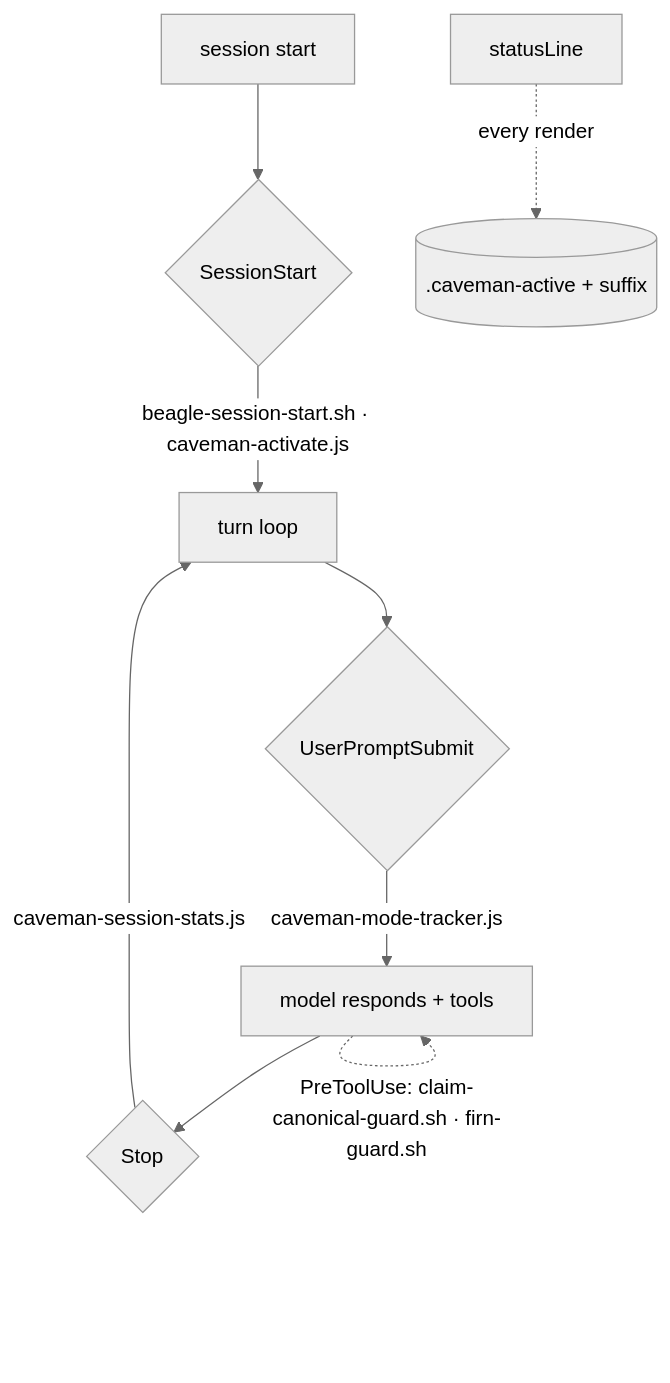
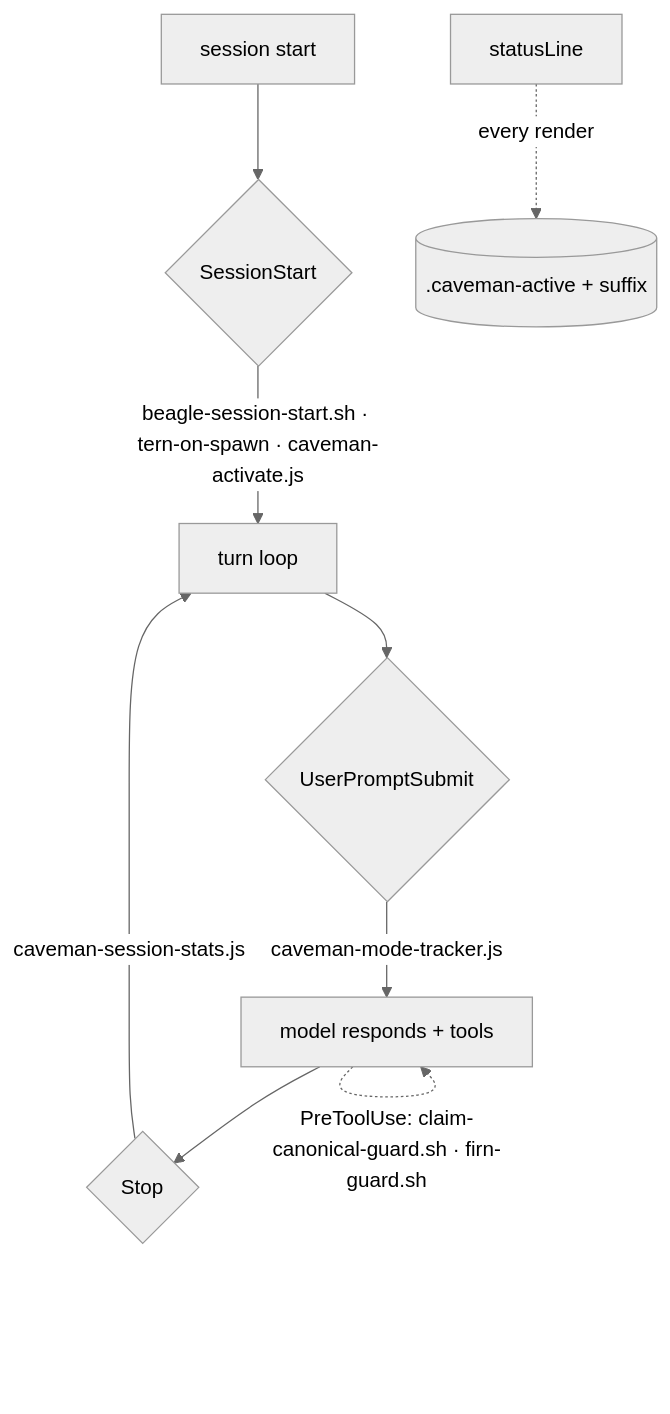
One commit to tompassarelli/firn changed the diagram in docs/claude/02-local-map.md. Above: the diagram before and after it, drawn with Mermaid (neutral theme). The commit also changed other lines of this file and 2 other files, not shown here.

First line of the commit message:
cleanup: residual lodestar refs -> tern (hook register path, generated local-map)

````diff
--- a/docs/claude/02-local-map.md
+++ b/docs/claude/02-local-map.md
@@ -48,11 +49,11 @@
 ```mermaid
 flowchart TD
   A[session start] --> B{SessionStart}
-  B -->|"beagle-session-start.sh · caveman-activate.js"| C[turn loop]
+  B -->|"beagle-session-start.sh · tern-on-spawn · caveman-activate.js"| C[turn loop]
   C --> D{UserPromptSubmit}
   D -->|"caveman-mode-tracker.js"| E["model responds + tools"]
   E -.->|"PreToolUse: claim-canonical-guard.sh · firn-guard.sh"| E
   E --> F{Stop}
   F -->|"caveman-session-stats.js"| C
   G[statusLine] -.->|"every render"| Hs[(".caveman-active + suffix")]
 ```
````
